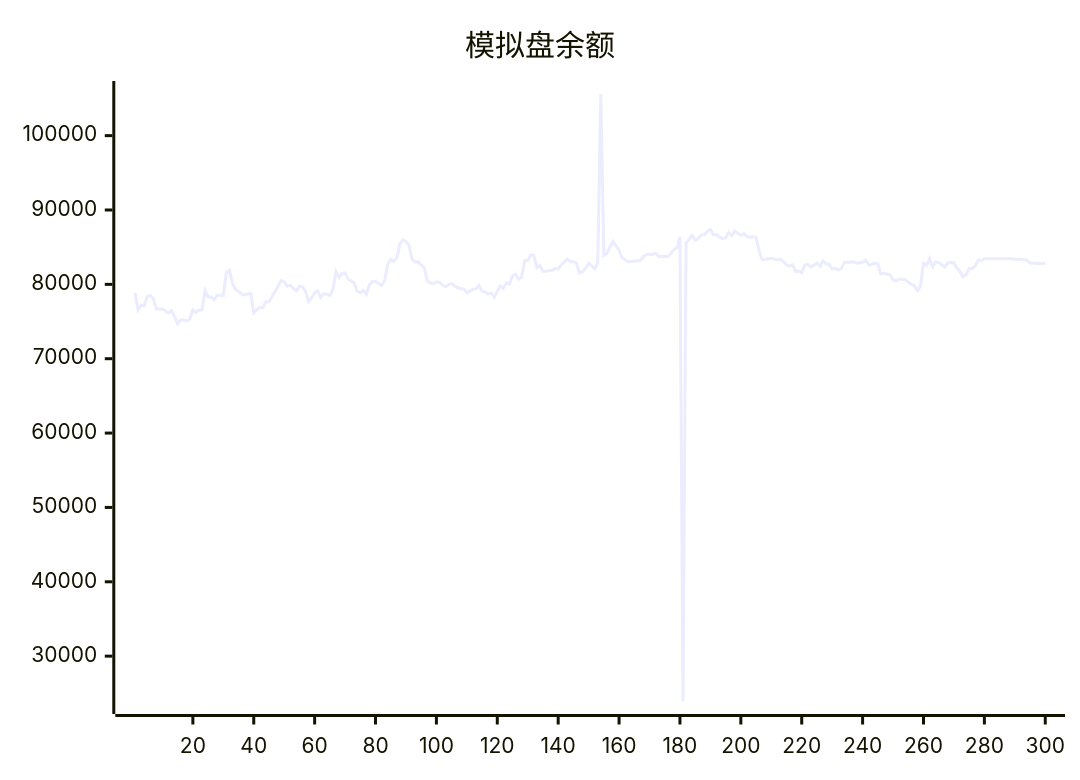
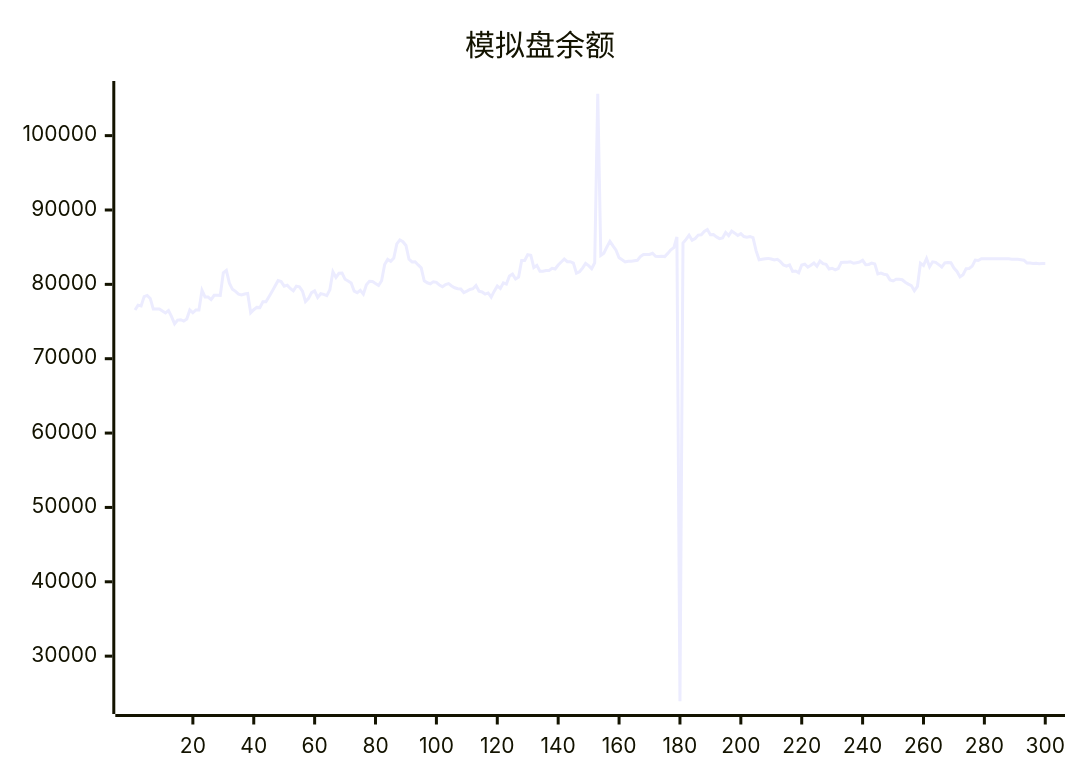
One commit to aahl/ai-trading changed the diagram in README.md. Above: the diagram before and after it, drawn with Mermaid. The commit also changed other lines of this file and 1 other file, not shown here.

Commit message:
📈 Auto Trading Result

````diff
--- a/README.md
+++ b/README.md
@@ -5,5 +5,5 @@
 ```mermaid
 xychart
     title "模拟盘余额"
-    line [78878,76554,77202,77103,78357,78510,78106,76678,76677,76672,76411,76159,76485,75656,74695,75197,75246,75052,75334,76564,76179,76553,76551,79196,78300,78300,77944,78531,78531,78521,81564,81884,80160,79335,79055,78675,78580,78708,78764,76179,76586,76902,76876,77658,77669,78346,79023,79769,80497,80366,79761,79896,79448,79126,79749,79658,79097,77695,78114,78888,79126,78249,78738,78653,78478,79271,81680,80923,81488,81527,80681,80455,80190,79084,78879,79193,78686,79954,80403,80374,80118,79848,80491,82665,83351,83098,83525,85430,85983,85737,85221,83378,83014,83043,82613,82216,80477,80208,80081,80348,80277,79894,79670,79965,80093,79786,79542,79406,79371,78893,79087,79304,79406,79841,79072,78978,78696,78846,78272,79085,79787,79442,80198,80031,81120,81379,80718,80985,83214,83212,83993,83921,82270,82547,81776,81776,81866,81866,82158,82061,82596,83000,83408,83041,83050,82858,81503,81691,82188,82812,82517,82092,82901,105633,83898,84180,85030,85781,85178,84604,83569,83298,83008,83093,83107,83175,83228,83729,84025,84017,84019,84177,83775,83762,83785,83738,84160,84639,84939,86370,23934,85548,86046,86599,85942,86161,86622,86664,87115,87369,86666,86685,86384,86152,86243,86969,86548,87164,86885,86566,86809,86427,86348,86417,86273,84538,83299,83369,83430,83490,83404,83270,83362,83056,82605,82459,82614,81734,81788,81551,82598,82702,82320,82580,82878,82426,83139,82778,82686,82056,82166,81963,82110,82951,82983,82984,83038,82838,82915,82998,83235,82642,82682,82858,82746,81396,81512,81362,81277,80600,80461,80699,80673,80616,80288,80038,79836,79142,79722,82837,82533,83480,82366,83032,82960,82654,82330,82883,82934,82901,82188,81728,81005,81298,82110,82135,82449,83264,83203,83440,83439,83440,83440,83446,83447,83448,83447,83448,83449,83369,83369,83369,83313,83256,82872,82873,82801,82844,82785,82791]
+    line [76554,77202,77103,78357,78510,78106,76678,76677,76672,76411,76159,76485,75656,74695,75197,75246,75052,75334,76564,76179,76553,76551,79196,78300,78300,77944,78531,78531,78521,81564,81884,80160,79335,79055,78675,78580,78708,78764,76179,76586,76902,76876,77658,77669,78346,79023,79769,80497,80366,79761,79896,79448,79126,79749,79658,79097,77695,78114,78888,79126,78249,78738,78653,78478,79271,81680,80923,81488,81527,80681,80455,80190,79084,78879,79193,78686,79954,80403,80374,80118,79848,80491,82665,83351,83098,83525,85430,85983,85737,85221,83378,83014,83043,82613,82216,80477,80208,80081,80348,80277,79894,79670,79965,80093,79786,79542,79406,79371,78893,79087,79304,79406,79841,79072,78978,78696,78846,78272,79085,79787,79442,80198,80031,81120,81379,80718,80985,83214,83212,83993,83921,82270,82547,81776,81776,81866,81866,82158,82061,82596,83000,83408,83041,83050,82858,81503,81691,82188,82812,82517,82092,82901,105633,83898,84180,85030,85781,85178,84604,83569,83298,83008,83093,83107,83175,83228,83729,84025,84017,84019,84177,83775,83762,83785,83738,84160,84639,84939,86370,23934,85548,86046,86599,85942,86161,86622,86664,87115,87369,86666,86685,86384,86152,86243,86969,86548,87164,86885,86566,86809,86427,86348,86417,86273,84538,83299,83369,83430,83490,83404,83270,83362,83056,82605,82459,82614,81734,81788,81551,82598,82702,82320,82580,82878,82426,83139,82778,82686,82056,82166,81963,82110,82951,82983,82984,83038,82838,82915,82998,83235,82642,82682,82858,82746,81396,81512,81362,81277,80600,80461,80699,80673,80616,80288,80038,79836,79142,79722,82837,82533,83480,82366,83032,82960,82654,82330,82883,82934,82901,82188,81728,81005,81298,82110,82135,82449,83264,83203,83440,83439,83440,83440,83446,83447,83448,83447,83448,83449,83369,83369,83369,83313,83256,82872,82873,82801,82844,82785,82791,82791]
 ```
````
